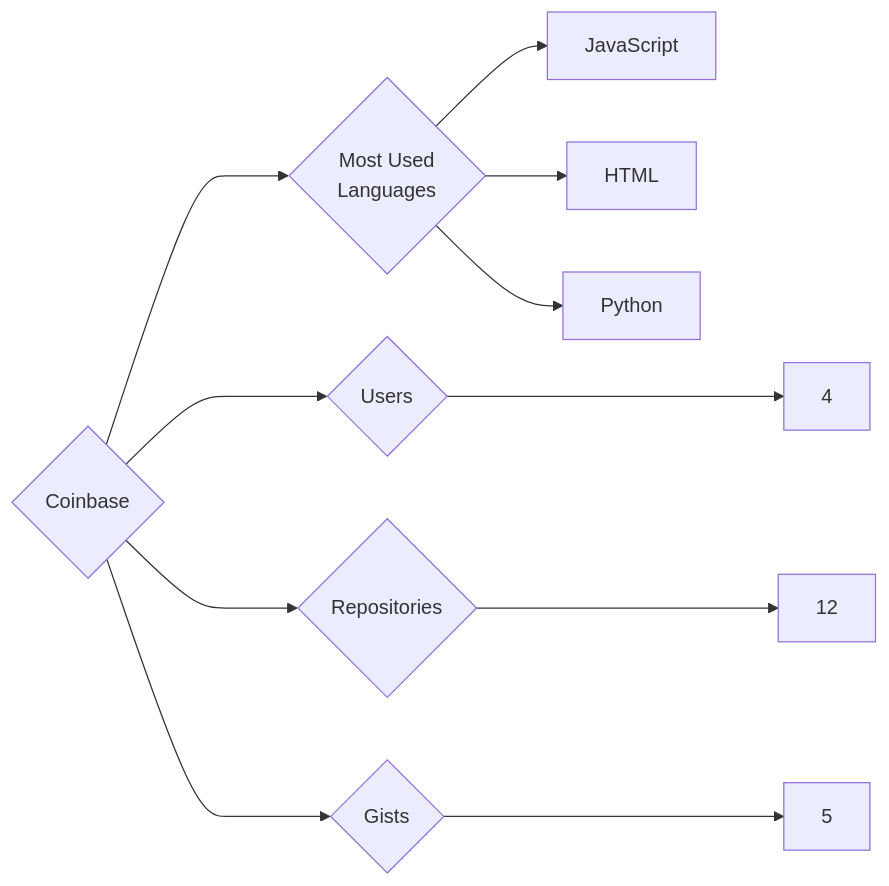
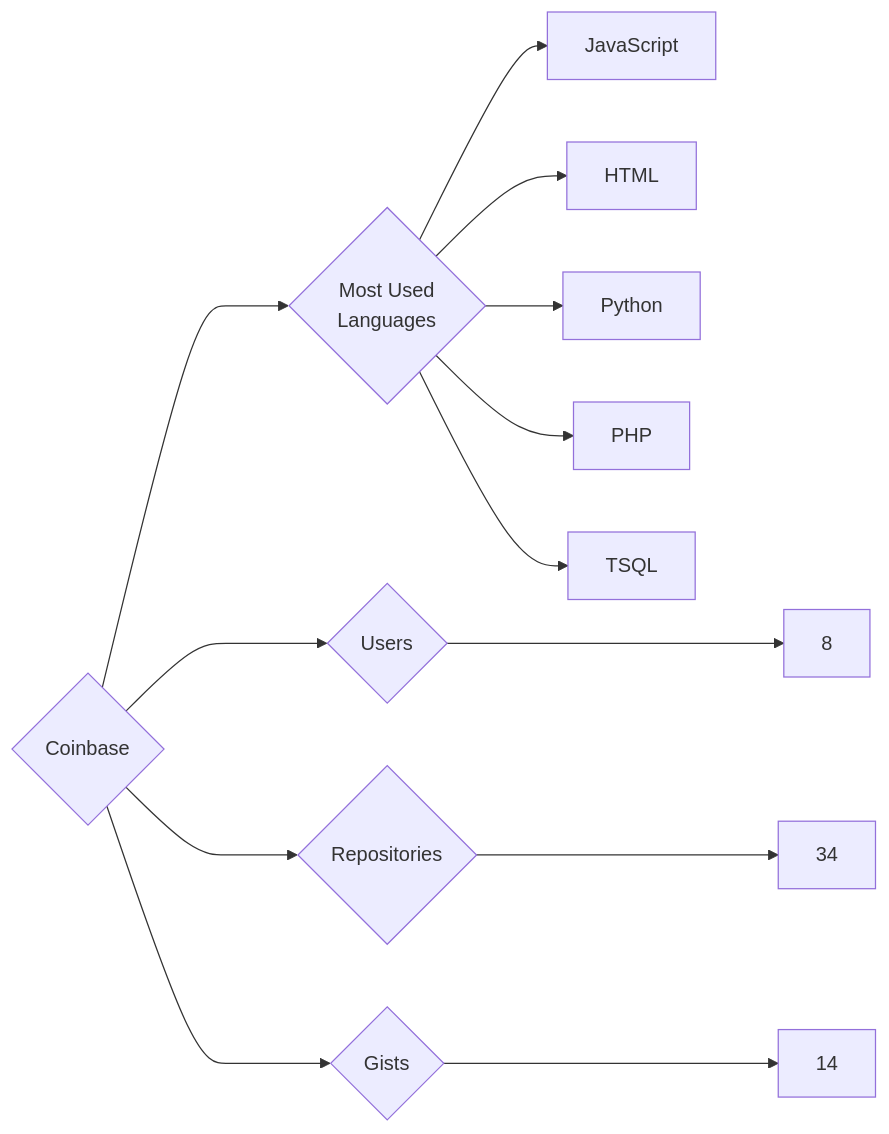
The diagram in targets/Coinbase/README.md (trickest/insiders), drawn with Mermaid before and after one commit. The commit also changed 993 other files, not shown here.

````diff
--- a/targets/Coinbase/README.md
+++ b/targets/Coinbase/README.md
@@ -3,11 +3,13 @@
 ```mermaid
 graph LR
 COMPANY_NAME{Coinbase}
-COMPANY_NAME ---> U{Users} ---> UN[4]
-COMPANY_NAME ---> R{Repositories} ---> RN[12]
-COMPANY_NAME ---> G{Gists} ---> GN[5]
+COMPANY_NAME ---> U{Users} ---> UN[8]
+COMPANY_NAME ---> R{Repositories} ---> RN[34]
+COMPANY_NAME ---> G{Gists} ---> GN[14]
 COMPANY_NAME ---> ML{Most Used<br>Languages}
 ML --> JavaScript[JavaScript]
 ML --> HTML[HTML]
 ML --> Python[Python]
+ML --> PHP[PHP]
+ML --> TSQL[TSQL]
 ```
````
